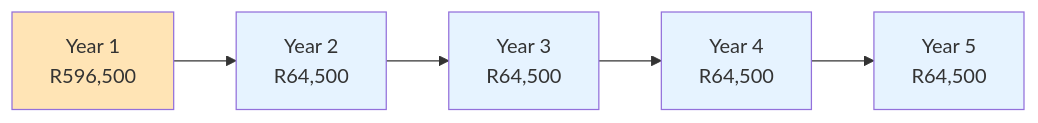
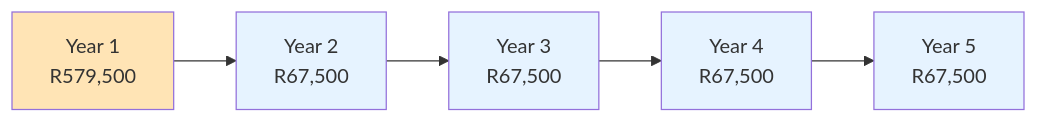
One commit to transnet-eduard-reitmann/locomotive-tracking-unit changed the fourth of 9 diagrams in docs/executive-summary.md. Above: the diagram before and after it, drawn with Mermaid. The commit also changed other lines of this file and 10 other files, not shown here.

````diff
--- a/docs/executive-summary.md
+++ b/docs/executive-summary.md
@@ -92,13 +89,13 @@
 ```mermaid
 graph LR
-    A[Year 1<br/>R596,500] --> B[Year 2<br/>R64,500]
-    B --> C[Year 3<br/>R64,500]
-    C --> D[Year 4<br/>R64,500]
-    D --> E[Year 5<br/>R64,500]
+    A[Year 1<br/>R579,500] --> B[Year 2<br/>R67,500]
+    B --> C[Year 3<br/>R67,500]
+    C --> D[Year 4<br/>R67,500]
+    D --> E[Year 5<br/>R67,500]
     
     style A fill:#FFE4B5
     style B fill:#E6F3FF
     style C fill:#E6F3FF
     style D fill:#E6F3FF
     style E fill:#E6F3FF
 ```
````
